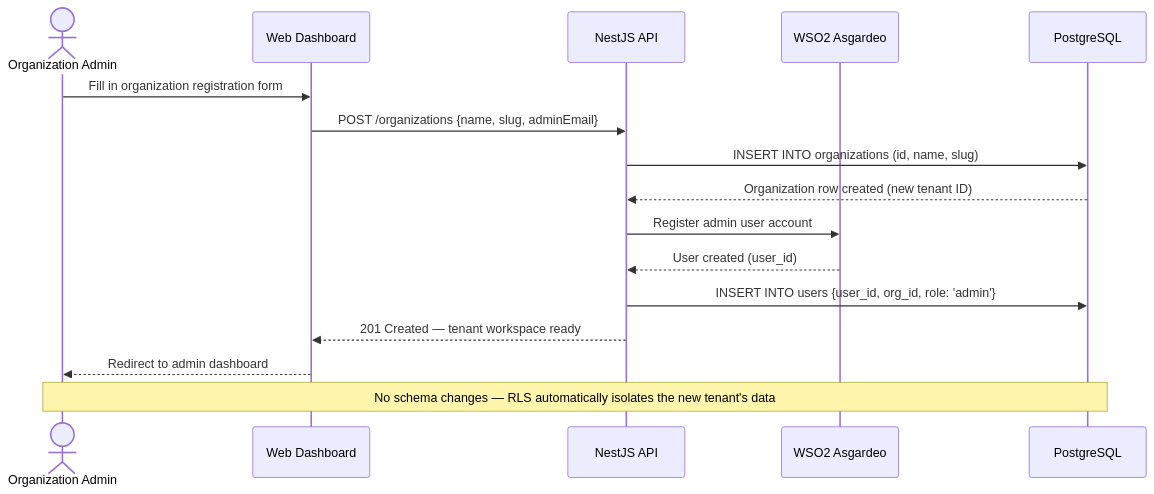
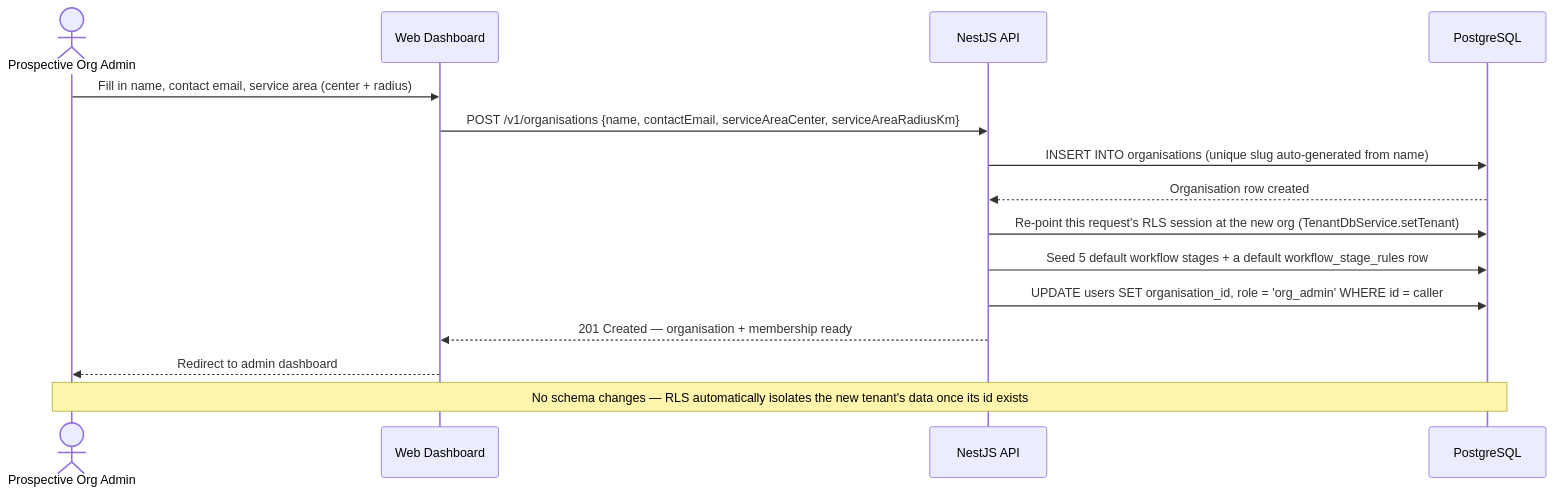
The second of 2 diagrams in docs/02-architecture/multi-tenancy.md (ecotrack-Group15-CS3203/ecotrack-docs), drawn with Mermaid before and after one commit. The commit also changed other lines of this file and 13 other files, not shown here.

````diff
--- a/docs/02-architecture/multi-tenancy.md
+++ b/docs/02-architecture/multi-tenancy.md
@@ -140,20 +141,19 @@
 ```mermaid
 sequenceDiagram
-  actor OrgAdmin as Organization Admin
+  actor OrgAdmin as Prospective Org Admin
   participant Web as Web Dashboard
   participant API as NestJS API
-  participant Asgardeo as WSO2 Asgardeo
   participant DB as PostgreSQL
 
-  OrgAdmin->>Web: Fill in organization registration form
-  Web->>API: POST /organizations {name, slug, adminEmail}
-  API->>DB: INSERT INTO organizations (id, name, slug)
-  DB-->>API: Organization row created (new tenant ID)
-  API->>Asgardeo: Register admin user account
-  Asgardeo-->>API: User created (user_id)
-  API->>DB: INSERT INTO users {user_id, org_id, role: 'admin'}
-  API-->>Web: 201 Created — tenant workspace ready
+  OrgAdmin->>Web: Fill in name, contact email, service area (center + radius)
+  Web->>API: POST /v1/organisations {name, contactEmail, serviceAreaCenter, serviceAreaRadiusKm}
+  API->>DB: INSERT INTO organisations (unique slug auto-generated from name)
+  DB-->>API: Organisation row created
+  API->>DB: Re-point this request's RLS session at the new org (TenantDbService.setTenant)
+  API->>DB: Seed 5 default workflow stages + a default workflow_stage_rules row
+  API->>DB: UPDATE users SET organisation_id, role = 'org_admin' WHERE id = caller
+  API-->>Web: 201 Created — organisation + membership ready
   Web-->>OrgAdmin: Redirect to admin dashboard
 
-  Note over OrgAdmin,DB: No schema changes — RLS automatically isolates the new tenant's data
+  Note over OrgAdmin,DB: No schema changes — RLS automatically isolates the new tenant's data once its id exists
 ```
````
